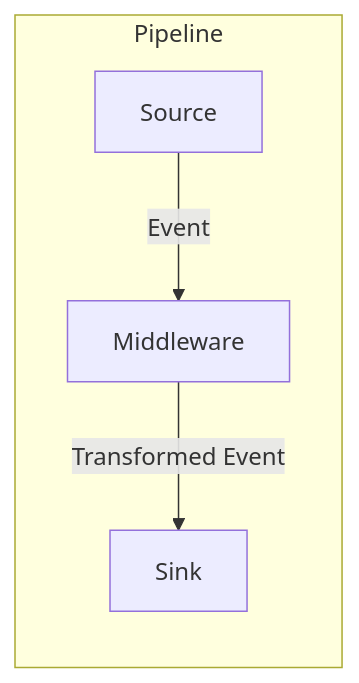
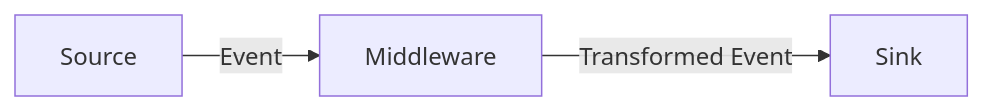
Before and after one commit to makarski/mstream: the diagram in README.md, drawn with Mermaid. The commit also changed other lines of this file and 22 other files, not shown here.

````diff
--- a/README.md
+++ b/README.md
@@ -143,11 +86,5 @@
 ```mermaid
 graph LR
     Source[Source] --> |Event| Middleware[Middleware]
     Middleware --> |Transformed Event| Sink[Sink]
-    
-    subgraph Pipeline
-    Source
-    Middleware
-    Sink
-    end
 ```
````
